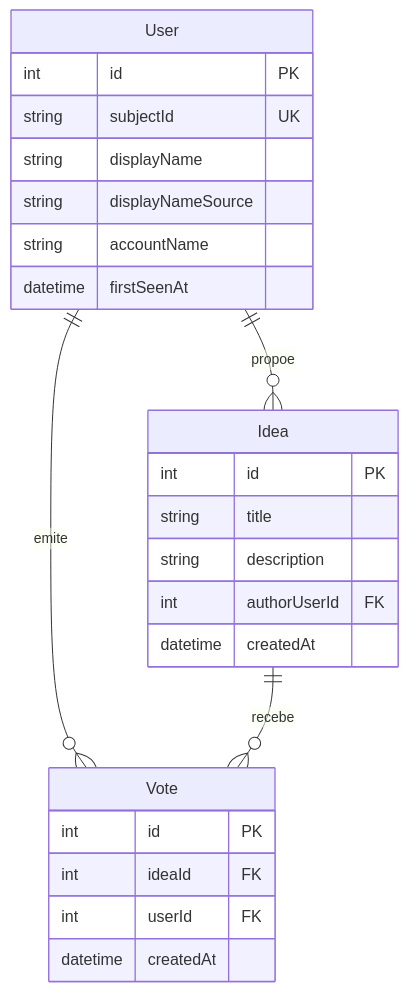
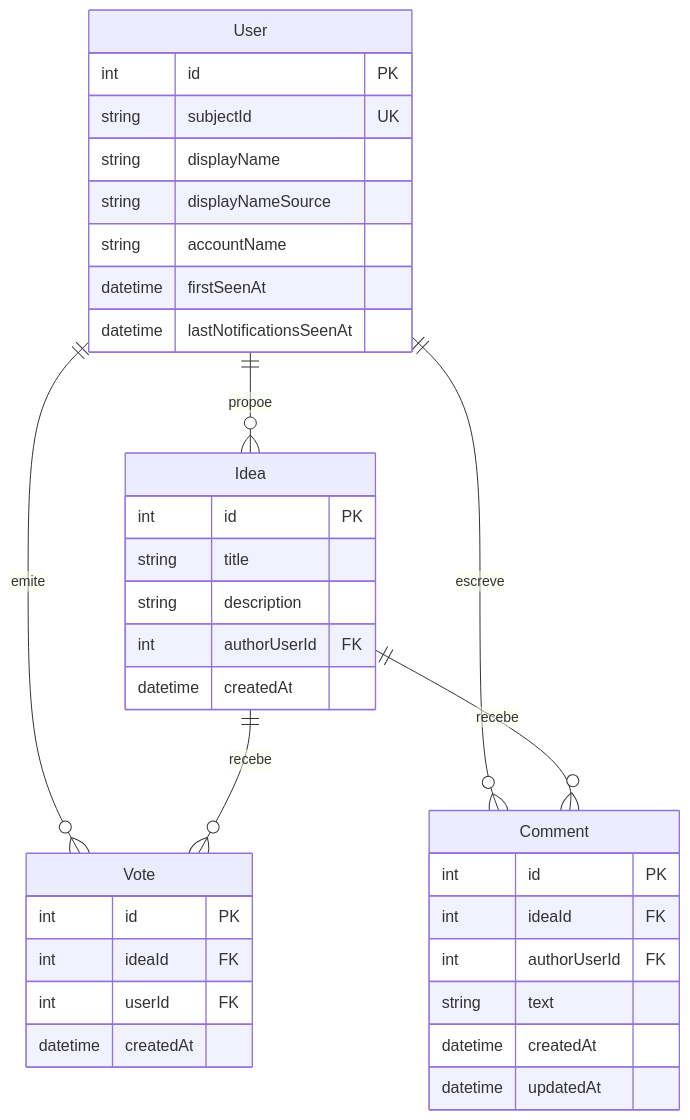
One commit to Kail-the-akuma/AI_Exercise changed the diagram in Docs/03-Modelo-de-Dados.md. Above: the diagram before and after it, drawn with Mermaid. The commit also changed other lines of this file and 4 other files, not shown here.

````diff
--- a/Docs/03-Modelo-de-Dados.md
+++ b/Docs/03-Modelo-de-Dados.md
@@ -10,28 +10,39 @@
 ```mermaid
 erDiagram
     User ||--o{ Idea : propoe
     User ||--o{ Vote : emite
     Idea ||--o{ Vote : recebe
+    User ||--o{ Comment : escreve
+    Idea ||--o{ Comment : recebe
 
     User {
         int id PK
         string subjectId UK
         string displayName
         string displayNameSource
         string accountName
         datetime firstSeenAt
+        datetime lastNotificationsSeenAt
     }
     Idea {
         int id PK
         string title
         string description
         int authorUserId FK
         datetime createdAt
     }
     Vote {
         int id PK
         int ideaId FK
         int userId FK
         datetime createdAt
     }
+    Comment {
+        int id PK
+        int ideaId FK
+        int authorUserId FK
+        string text
+        datetime createdAt
+        datetime updatedAt
+    }
 ```
````
